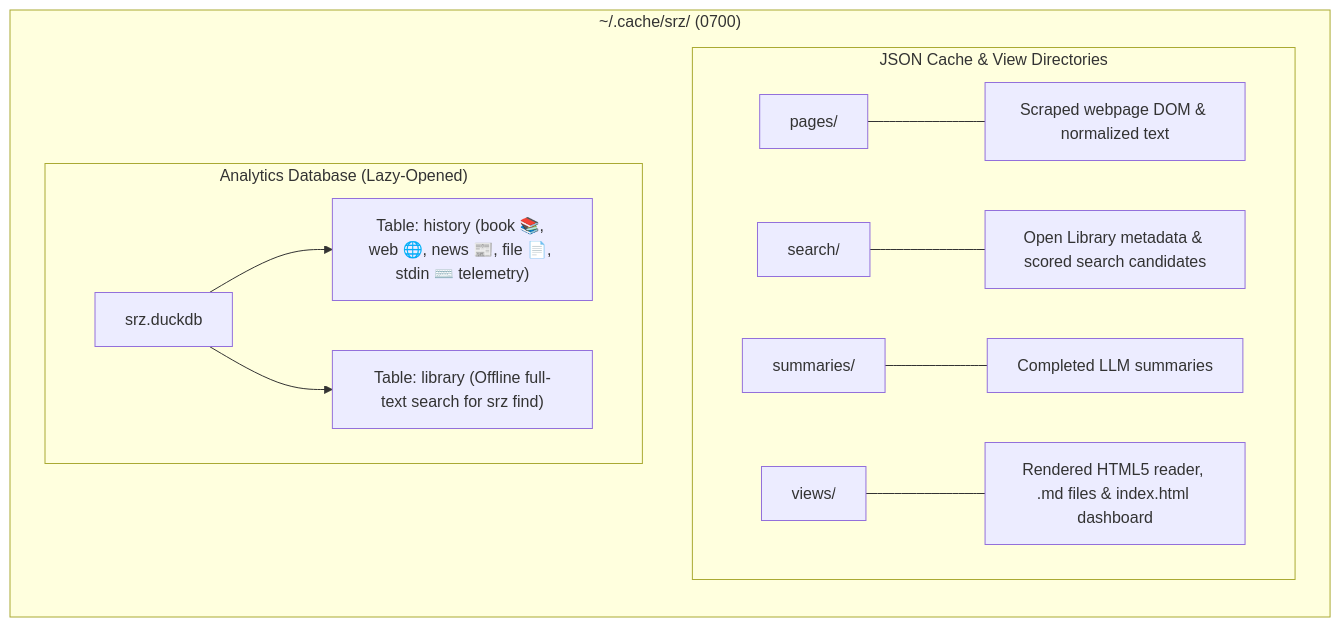
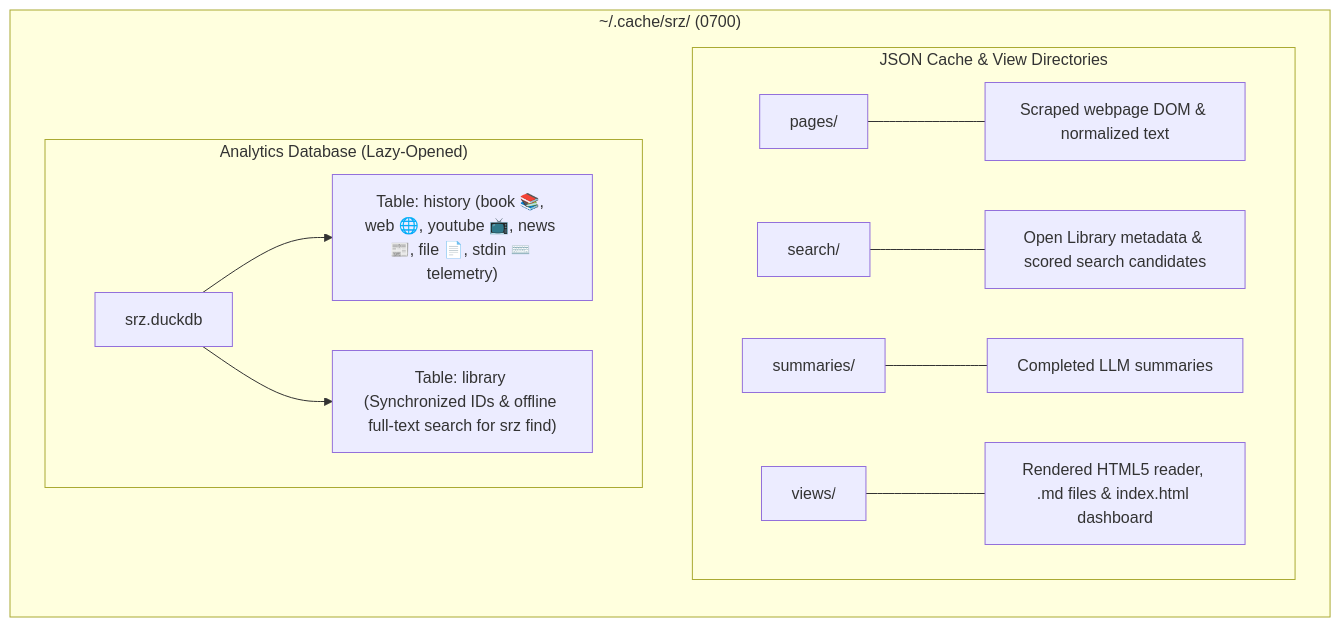
The third of 3 diagrams in OVERVIEW.md (NewGuy012/srz), drawn with Mermaid before and after one commit. The commit also changed other lines of this file and 1 other file, not shown here.

````diff
--- a/OVERVIEW.md
+++ b/OVERVIEW.md
@@ -114,16 +114,16 @@
 ```mermaid
 graph LR
     subgraph Root["~/.cache/srz/ (0700)"]
         subgraph Namespaces["JSON Cache & View Directories"]
             P["pages/"] --- P_desc["Scraped webpage DOM & normalized text"]
             S["search/"] --- S_desc["Open Library metadata & scored search candidates"]
             M["summaries/"] --- M_desc["Completed LLM summaries"]
             V["views/"] --- V_desc["Rendered HTML5 reader, .md files & index.html dashboard"]
         end
         subgraph DB["Analytics Database (Lazy-Opened)"]
             D["srz.duckdb"]
-            D --> T1["Table: history (book 📚, web 🌐, news 📰, file 📄, stdin ⌨️ telemetry)"]
-            D --> T2["Table: library (Offline full-text search for srz find)"]
+            D --> T1["Table: history (book 📚, web 🌐, youtube 📺, news 📰, file 📄, stdin ⌨️ telemetry)"]
+            D --> T2["Table: library (Synchronized IDs & offline full-text search for srz find)"]
         end
     end
 ```
````
